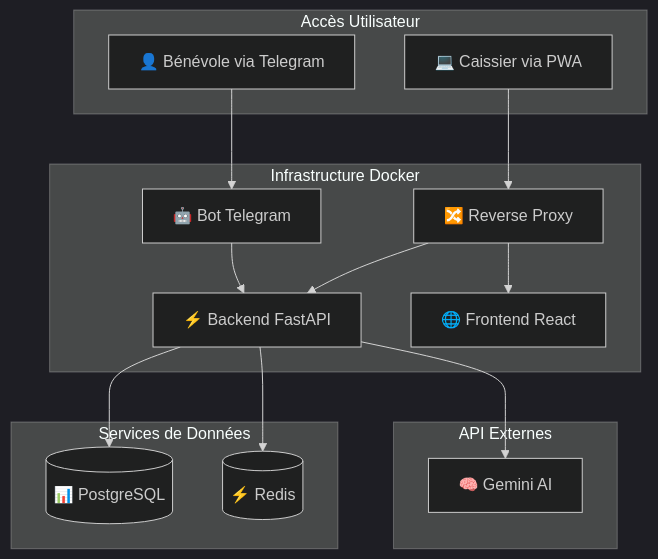
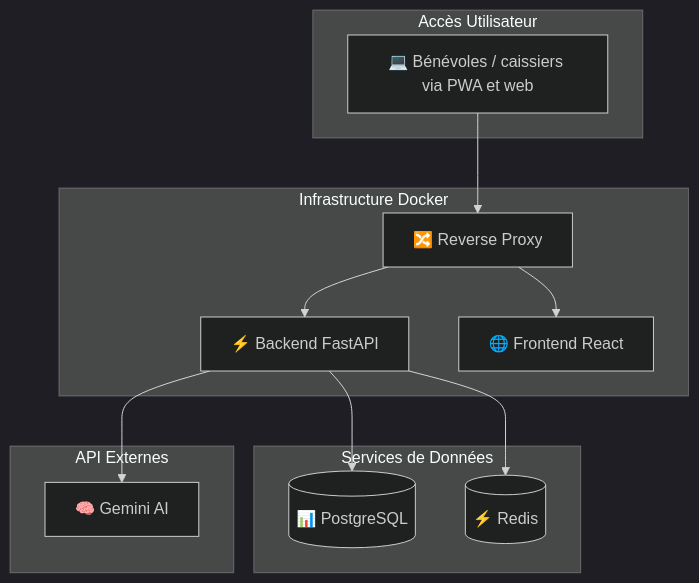
Before and after one commit to Strophe27/JARVOS_recyclique: the first of 4 diagrams in recyclique-1.4.4/docs/architecture/architecture.md, drawn with Mermaid (dark theme). The commit also changed other lines of this file and 42 other files, not shown here.

````diff
--- a/recyclique-1.4.4/docs/architecture/architecture.md
+++ b/recyclique-1.4.4/docs/architecture/architecture.md
@@ -42,32 +42,28 @@
 ```mermaid
 graph TD
     subgraph "Accès Utilisateur"
-        U1[👤 Bénévole via Telegram]
-        U2[💻 Caissier via PWA]
+        U2[💻 Bénévoles / caissiers via PWA et web]
     end
 
     subgraph "Infrastructure Docker"
-        TG[🤖 Bot Telegram]
         API[⚡ Backend FastAPI]
         WEB[🌐 Frontend React]
         NGINX[🔀 Reverse Proxy]
     end
 
     subgraph "Services de Données"
         PG[(📊 PostgreSQL)]
         RD[(⚡ Redis)]
     end
 
     subgraph "API Externes"
         AI[🧠 Gemini AI]
     end
 
-    U1 --> TG
     U2 --> NGINX
     NGINX --> WEB
     NGINX --> API
-    TG --> API
     API --> PG
     API --> RD
     API --> AI
 ```
````
